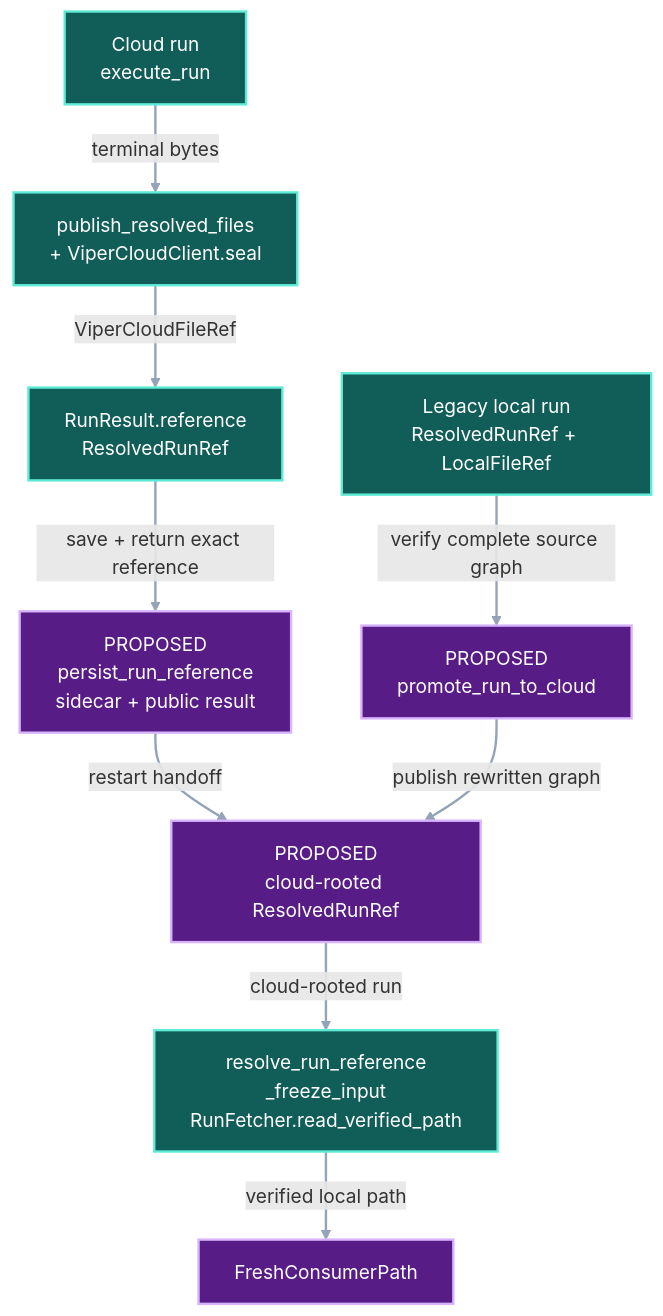
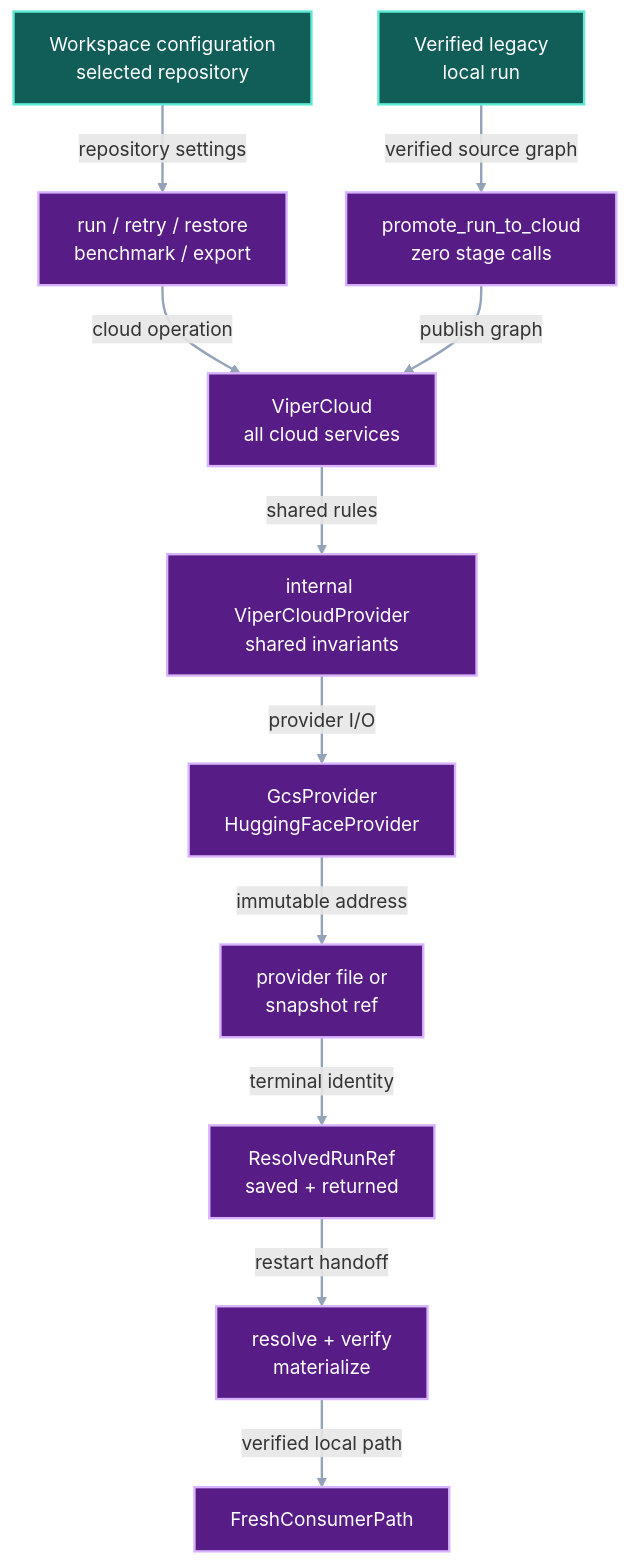
The third of 3 diagrams in contracts/viper-cloud-persistence.md (pvd232/RICO), drawn with Mermaid before and after one commit. The commit also changed other lines of this file and 3 other files, not shown here.

Commit message:
contract: unify ViperCloud provider persistence

````diff
--- a/contracts/viper-cloud-persistence.md
+++ b/contracts/viper-cloud-persistence.md
@@ -242,29 +319,33 @@
 ```mermaid
 flowchart TB
-    CloudRun["Cloud run<br/>execute_run"]
-    Publish["publish_resolved_files<br/>+ ViperCloudClient.seal"]
-    RunResult["RunResult.reference<br/>ResolvedRunRef"]
-    Retain["PROPOSED<br/>persist_run_reference<br/>sidecar + public result"]
-    LocalRun["Legacy local run<br/>ResolvedRunRef + LocalFileRef"]
-    Promote["PROPOSED<br/>promote_run_to_cloud"]
-    CloudRoot["PROPOSED<br/>cloud-rooted ResolvedRunRef"]
-    Consumer["resolve_run_reference<br/>_freeze_input<br/>RunFetcher.read_verified_path"]
+    Config["Workspace configuration<br/>selected repository"]
+    PublicOp["run / retry / restore<br/>benchmark / export"]
+    Service["ViperCloud<br/>all cloud services"]
+    Base["internal ViperCloudProvider<br/>shared invariants"]
+    Providers["GcsProvider<br/>HuggingFaceProvider"]
+    Ref["provider file or<br/>snapshot ref"]
+    RunResult["ResolvedRunRef<br/>saved + returned"]
+    LocalRun["Verified legacy<br/>local run"]
+    Promote["promote_run_to_cloud<br/>zero stage calls"]
+    Consumer["resolve + verify<br/>materialize"]
     Result["FreshConsumerPath"]
 
-    CloudRun -->|"terminal bytes"| Publish
-    Publish -->|"ViperCloudFileRef"| RunResult
-    RunResult -->|"save + return exact reference"| Retain
-    Retain -->|"restart handoff"| CloudRoot
-    LocalRun -->|"verify complete source graph"| Promote
-    Promote -->|"publish rewritten graph"| CloudRoot
-    CloudRoot -->|"cloud-rooted run"| Consumer
+    Config -->|"repository settings"| PublicOp
+    PublicOp -->|"cloud operation"| Service
+    LocalRun -->|"verified source graph"| Promote
+    Promote -->|"publish graph"| Service
+    Service -->|"shared rules"| Base
+    Base -->|"provider I/O"| Providers
+    Providers -->|"immutable address"| Ref
+    Ref -->|"terminal identity"| RunResult
+    RunResult -->|"restart handoff"| Consumer
     Consumer -->|"verified local path"| Result
 
-    class CloudRun,Publish,RunResult,LocalRun,Consumer implementation
-    class Retain,Promote,CloudRoot proposed
+    class Config,LocalRun implementation
+    class PublicOp,Service,Base,Providers,Ref,RunResult,Promote,Consumer proposed
     class Result output
     classDef implementation fill:#115e59,stroke:#5eead4,color:#ffffff,stroke-width:2px
     classDef proposed fill:#581c87,stroke:#d8b4fe,color:#ffffff,stroke-width:2px
     classDef output fill:#581c87,stroke:#d8b4fe,color:#ffffff,stroke-width:2px
     linkStyle default stroke:#94a3b8,stroke-width:2px
 ```
````
